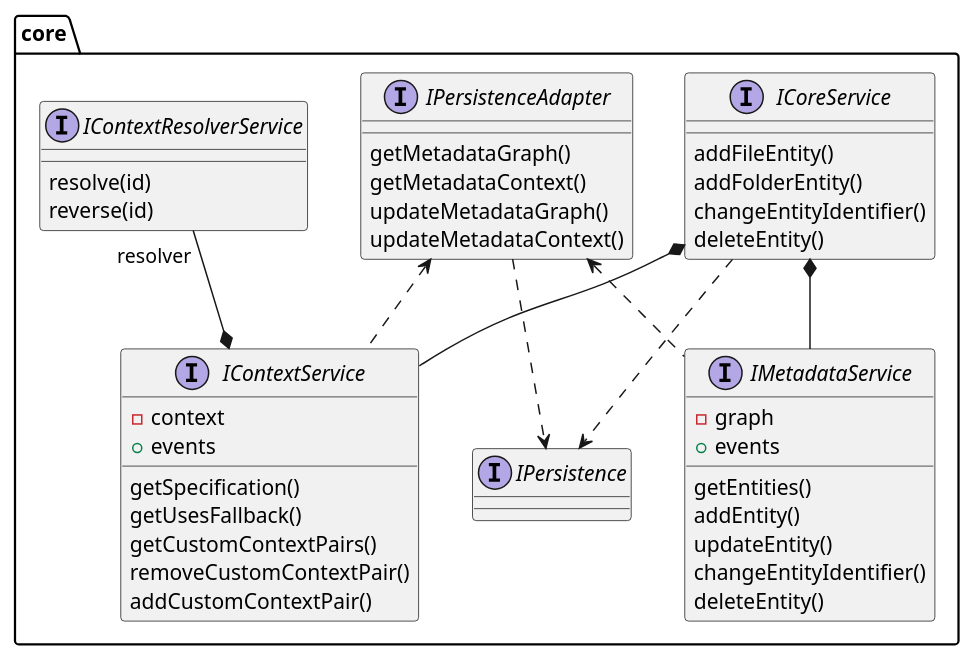
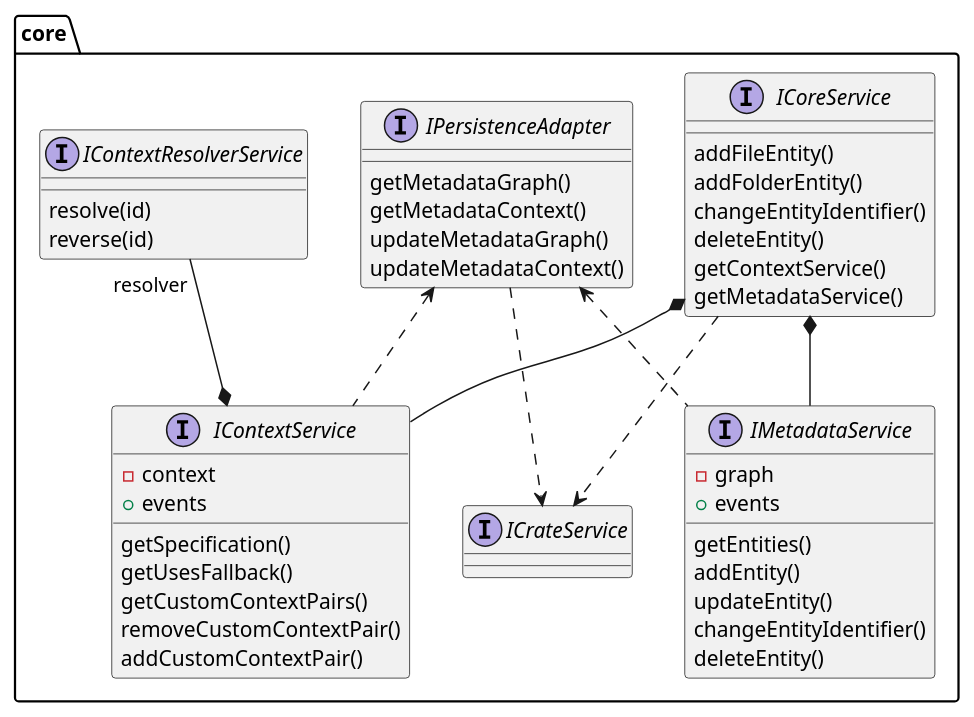
The diagram in docs/figures/lib-v2/lib-core.plantuml (kit-data-manager/NovaCrate), drawn with PlantUML before and after one commit. The commit also changed 9 other files, not shown here.

```diff
--- a/docs/figures/lib-v2/lib-core.plantuml
+++ b/docs/figures/lib-v2/lib-core.plantuml
@@ -1,57 +1,59 @@
 @startuml
 
 package core {
-    interface IPersistence
+    interface ICrateService
 
     interface ICoreService {
         addFileEntity()
         addFolderEntity()
         changeEntityIdentifier()
         deleteEntity()
+        getContextService()
+        getMetadataService()
     }
 
     interface IPersistenceAdapter {
         getMetadataGraph()
         getMetadataContext()
         updateMetadataGraph()
         updateMetadataContext()
     }
 
-    ICoreService ..> IPersistence
+    ICoreService ..> ICrateService
     ICoreService *-- IContextService
     ICoreService *-- IMetadataService
 
     interface IContextService {
         - context
         + events
         getSpecification()
         getUsesFallback()
         getCustomContextPairs()
         removeCustomContextPair()
         addCustomContextPair()
     }
 
     interface IContextResolverService {
         resolve(id)
         reverse(id)
     }
 
     IContextResolverService "resolver" --* IContextService
 
     interface IMetadataService {
         - graph
         + events
 
         getEntities()
         addEntity()
         updateEntity()
         changeEntityIdentifier()
         deleteEntity()
     }
 
     IPersistenceAdapter <.. IMetadataService
     IPersistenceAdapter <.. IContextService
-    IPersistenceAdapter ..> IPersistence
+    IPersistenceAdapter ..> ICrateService
 }
 
 @enduml
```
